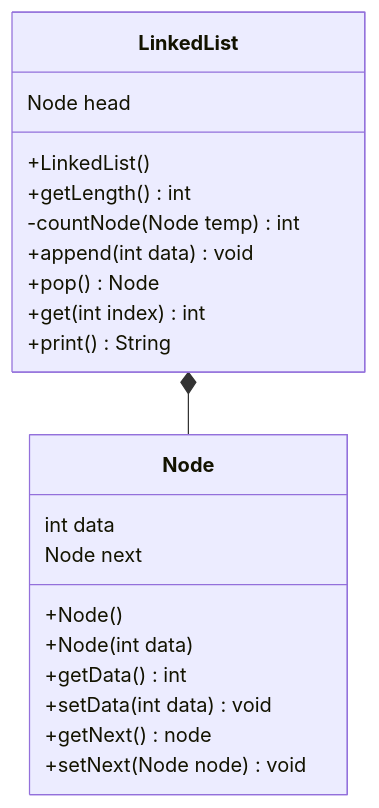
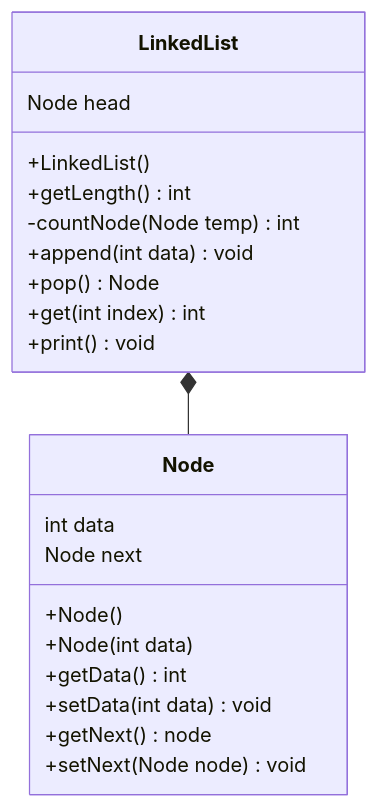
The diagram in algorithms/singlyLinkedList.md (npnorman/linkedLists), drawn with Mermaid before and after one commit. The commit also changed other lines of this file, not shown here.

`````diff
--- a/algorithms/singlyLinkedList.md
+++ b/algorithms/singlyLinkedList.md
@@ -3,26 +3,26 @@
 ````mermaid
 classDiagram
 	    class Node {
 		        int data
 		        Node next
 		        +Node()
 		        +Node(int data)
 		        +getData() int
 		        +setData(int data) void
 		        +getNext() node
 		        +setNext(Node node) void
 	    }
 
     class LinkedList {
         Node head
         +LinkedList()
         +getLength() int
         -countNode(Node temp) int
         +append(int data) void
         +pop() Node
         +get(int index) int
-        +print() String
+        +print() void
     }
 
     LinkedList *-- Node
 ````
`````
